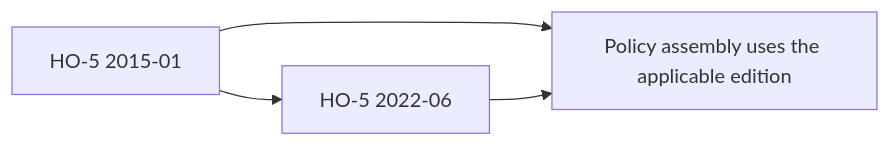
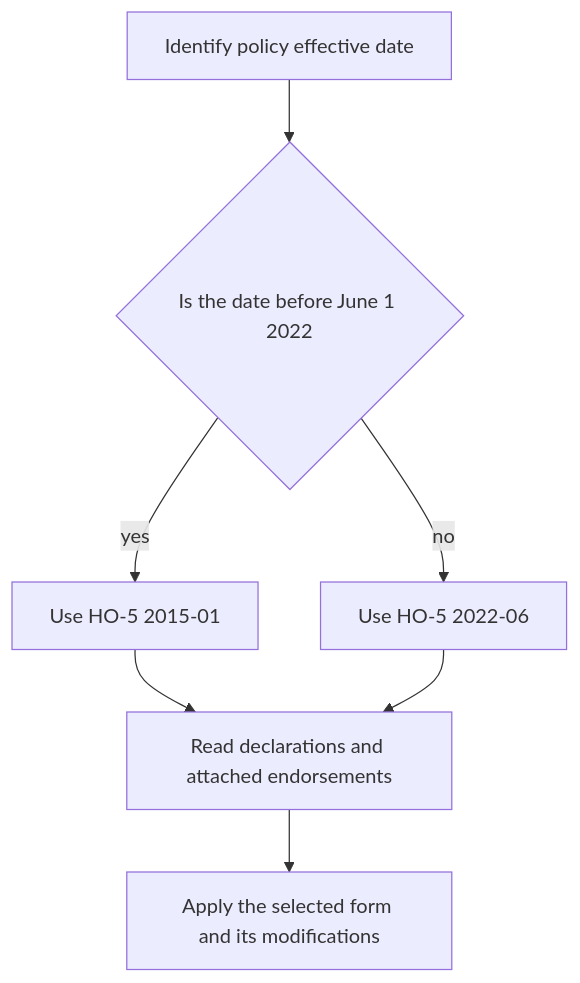
The first of 2 diagrams in openwiki/coverage/forms/ho-5.md (eugeneliu-86/openwiki-insurance-corpus), drawn with Mermaid before and after one commit. The commit also changed other lines of this file and 75 other files, not shown here.

````diff
--- a/openwiki/coverage/forms/ho-5.md
+++ b/openwiki/coverage/forms/ho-5.md
@@ -30,6 +34,9 @@
 ```mermaid
-flowchart LR
-  older["HO-5 2015-01"] --> later["HO-5 2022-06"]
-  older --> assembly["Policy assembly uses the applicable edition"]
-  later --> assembly
+flowchart TD
+    date["Identify policy effective date"] --> gate{"Is the date before June 1 2022"}
+    gate -->|"yes"| old["Use HO-5 2015-01"]
+    gate -->|"no"| current["Use HO-5 2022-06"]
+    old --> package["Read declarations and attached endorsements"]
+    current --> package
+    package --> apply["Apply the selected form and its modifications"]
 ```
````
